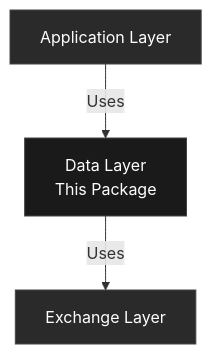
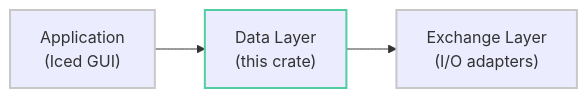
One commit to TradeStax/kairos changed the first of 3 diagrams in data/README.md. Above: the diagram before and after it, drawn with Mermaid. The commit also changed other lines of this file and 31 other files, not shown here.

````diff
--- a/data/README.md
+++ b/data/README.md
@@ -27,9 +6,9 @@
 ```mermaid
-flowchart TD
-    A[Application Layer] -->|Uses| B[Data Layer<br/>This Package]
-    B -->|Uses| C[Exchange Layer]
+flowchart LR
+    A["Application<br/>(Iced GUI)"] --> B["Data Layer<br/>(this crate)"]
+    B --> C["Exchange Layer<br/>(I/O adapters)"]
 
-    style A fill:#2a2a2a,stroke:#444,color:#fff
-    style B fill:#1a1a1a,stroke:#444,color:#fff
-    style C fill:#2a2a2a,stroke:#444,color:#fff
+    style A stroke:#C8C8C8,stroke-width:2px
+    style B stroke:#51CDA0,stroke-width:2px
+    style C stroke:#C8C8C8,stroke-width:2px
 ```
````
